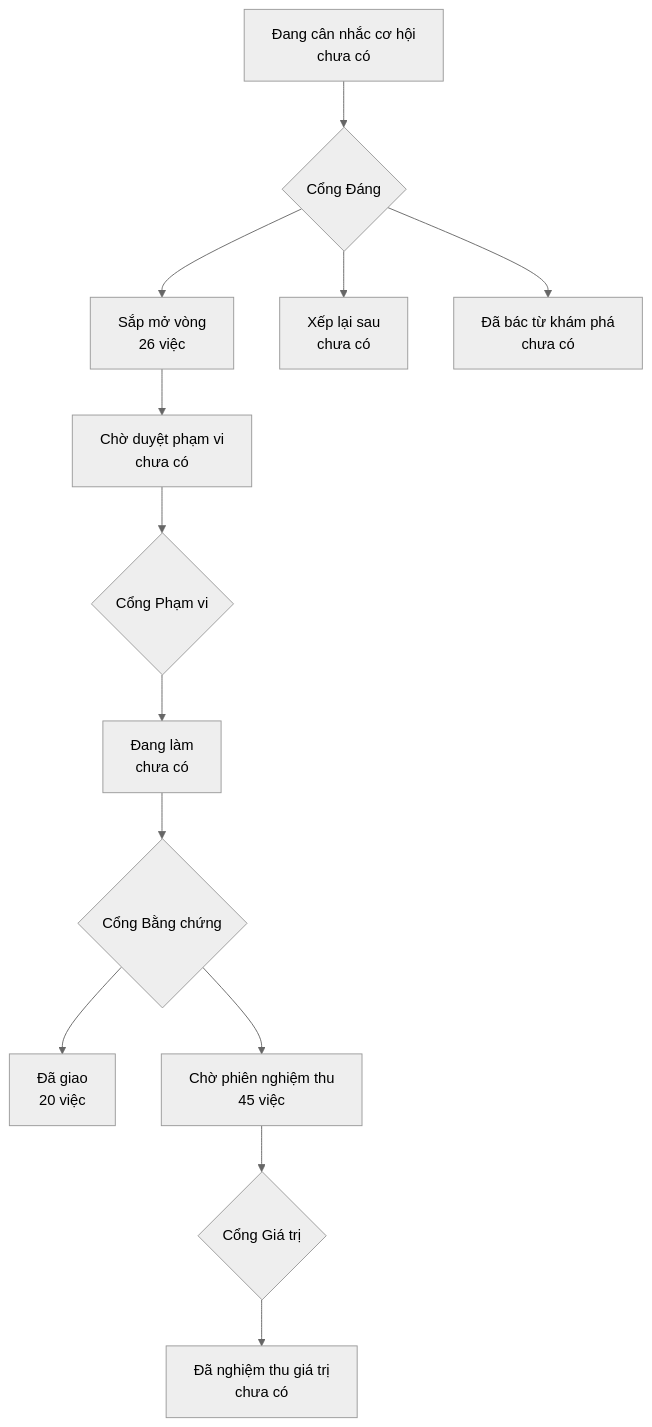
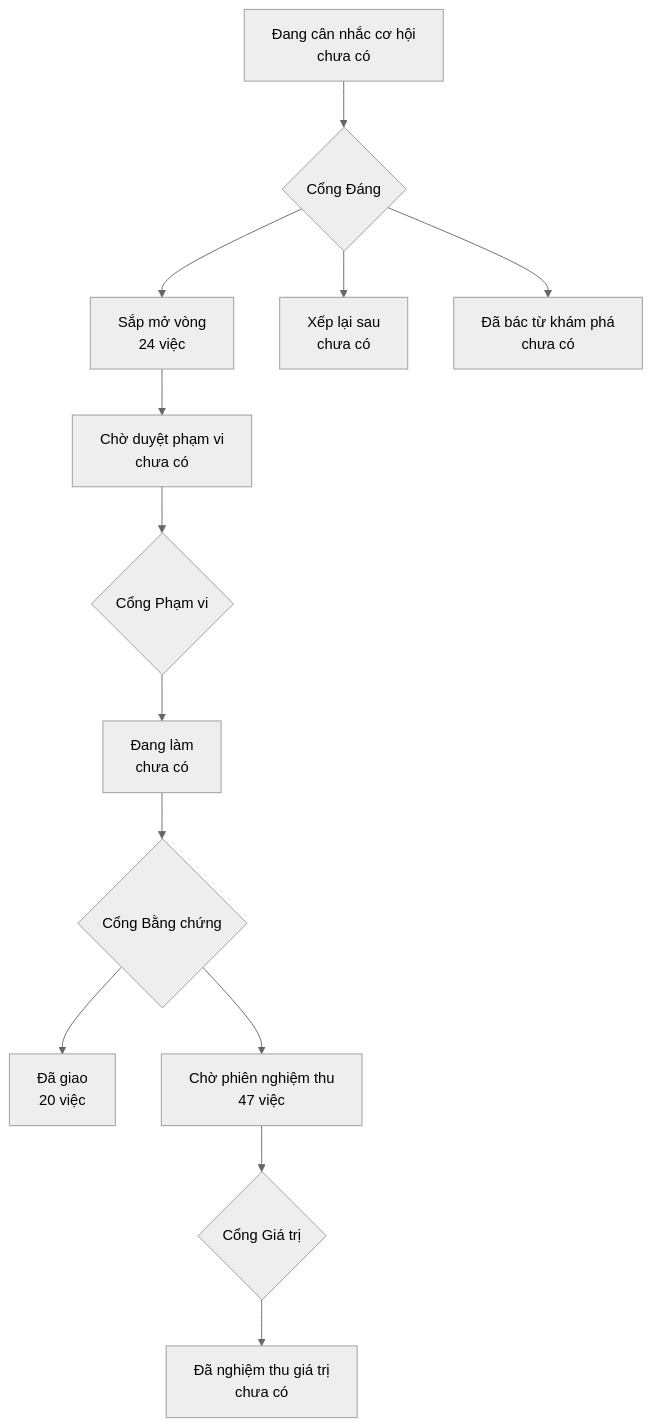
One commit to phanlemanh/onehub-quy-hang changed the diagram in PRODUCT-MAP.md. Above: the diagram before and after it, drawn with Mermaid (neutral theme). The commit also changed 1 other file, not shown here.

Commit message:
chore(lien-he-khach): vẽ lại bản đồ sau khi gộp main

````diff
--- a/PRODUCT-MAP.md
+++ b/PRODUCT-MAP.md
@@ -7,12 +7,12 @@
 ```mermaid
 flowchart TD
   A["Đang cân nhắc cơ hội<br/>chưa có"] --> GD{"Cổng Đáng"}
-  GD --> B["Sắp mở vòng<br/>26 việc"]
+  GD --> B["Sắp mở vòng<br/>24 việc"]
   GD --> XL["Xếp lại sau<br/>chưa có"]
   GD --> DB["Đã bác từ khám phá<br/>chưa có"]
   B --> CD["Chờ duyệt phạm vi<br/>chưa có"] --> GP{"Cổng Phạm vi"}
   GP --> DL["Đang làm<br/>chưa có"] --> GB{"Cổng Bằng chứng"}
   GB --> DG["Đã giao<br/>20 việc"]
-  GB --> CN["Chờ phiên nghiệm thu<br/>45 việc"] --> GG{"Cổng Giá trị"}
+  GB --> CN["Chờ phiên nghiệm thu<br/>47 việc"] --> GG{"Cổng Giá trị"}
   GG --> NT["Đã nghiệm thu giá trị<br/>chưa có"]
 ```
````
